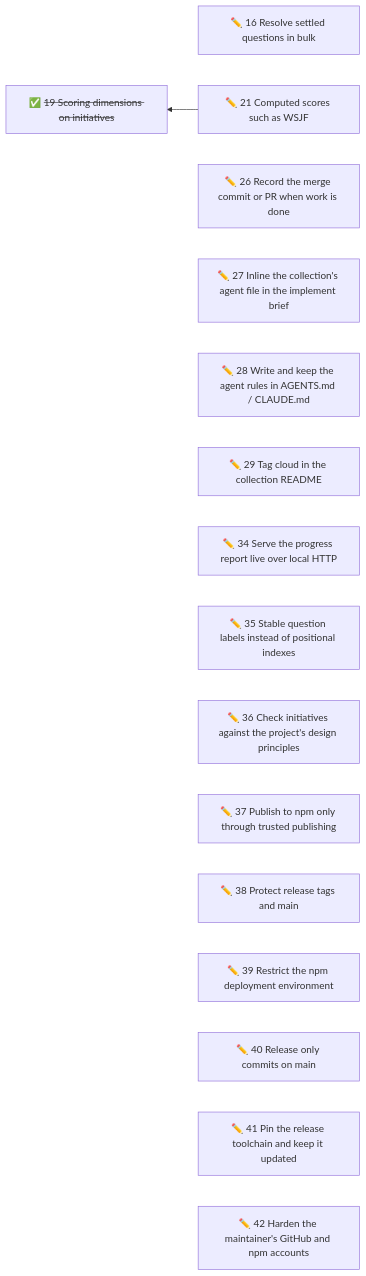
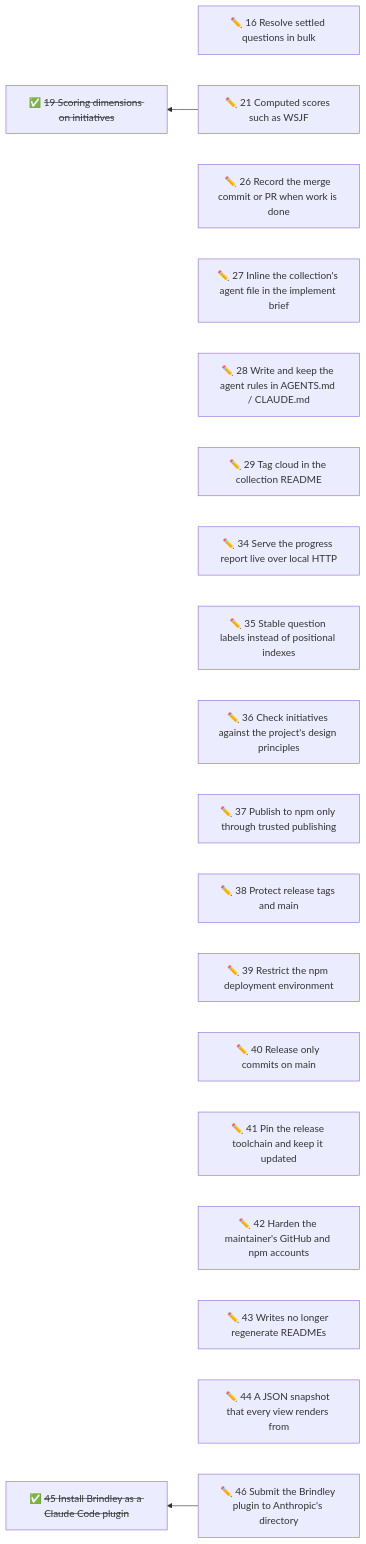
Before and after one commit to duckAsteroid/brindley: the diagram in initiatives/README.md, drawn with Mermaid. The commit also changed other lines of this file and 24 other files, not shown here.

First line of the commit message:
feat: install Brindley as a Claude Code plugin

````diff
--- a/initiatives/README.md
+++ b/initiatives/README.md
@@ -45,36 +48,45 @@
 ```mermaid
 flowchart RL
   n16["✏️ 16 Resolve settled questions in bulk"]
   n21["✏️ 21 Computed scores such as WSJF"]
   n26["✏️ 26 Record the merge commit or PR when work is done"]
   n27["✏️ 27 Inline the collection's agent file in the implement brief"]
   n28["✏️ 28 Write and keep the agent rules in AGENTS.md / CLAUDE.md"]
   n29["✏️ 29 Tag cloud in the collection README"]
   n34["✏️ 34 Serve the progress report live over local HTTP"]
   n35["✏️ 35 Stable question labels instead of positional indexes"]
   n36["✏️ 36 Check initiatives against the project's design principles"]
   n37["✏️ 37 Publish to npm only through trusted publishing"]
   n38["✏️ 38 Protect release tags and main"]
   n39["✏️ 39 Restrict the npm deployment environment"]
   n40["✏️ 40 Release only commits on main"]
   n41["✏️ 41 Pin the release toolchain and keep it updated"]
   n42["✏️ 42 Harden the maintainer's GitHub and npm accounts"]
+  n43["✏️ 43 Writes no longer regenerate READMEs"]
+  n44["✏️ 44 A JSON snapshot that every view renders from"]
+  n46["✏️ 46 Submit the Brindley plugin to Anthropic's directory"]
   n19["✅ <s>19 Scoring dimensions on initiatives</s>"]
+  n45["✅ <s>45 Install Brindley as a Claude Code plugin</s>"]
   n21 --> n19
+  n46 --> n45
   click n16 href "16-resolve-settled-questions-in-bulk.md"
   click n21 href "21-computed-scores-such-as-wsjf.md"
   click n26 href "26-record-the-merge-commit-or-pr-when-work-is-done.md"
   click n27 href "27-inline-the-collection-s-agent-file-in-the-implement-brief.md"
   click n28 href "28-write-and-keep-the-agent-rules-in-agents-md-claude-md.md"
   click n29 href "29-tag-cloud-in-the-collection-readme.md"
   click n34 href "34-serve-the-progress-report-live-over-local-http.md"
   click n35 href "35-stable-question-labels-instead-of-positional-indexes.md"
   click n36 href "36-check-initiatives-against-the-project-s-design-principles.md"
   click n37 href "37-publish-to-npm-only-through-trusted-publishing.md"
   click n38 href "38-protect-release-tags-and-main.md"
   click n39 href "39-restrict-the-npm-deployment-environment.md"
   click n40 href "40-release-only-commits-on-main.md"
   click n41 href "41-pin-the-release-toolchain-and-keep-it-updated.md"
   click n42 href "42-harden-the-maintainer-s-github-and-npm-accounts.md"
+  click n43 href "43-writes-no-longer-regenerate-readmes.md"
+  click n44 href "44-a-json-snapshot-that-every-view-renders-from.md"
+  click n46 href "46-submit-the-brindley-plugin-to-anthropic-s-directory.md"
   click n19 href "done/19-rank-initiatives-by-scoring-dimensions.md"
+  click n45 href "done/45-install-brindley-as-a-claude-code-plugin.md"
 ```
````
